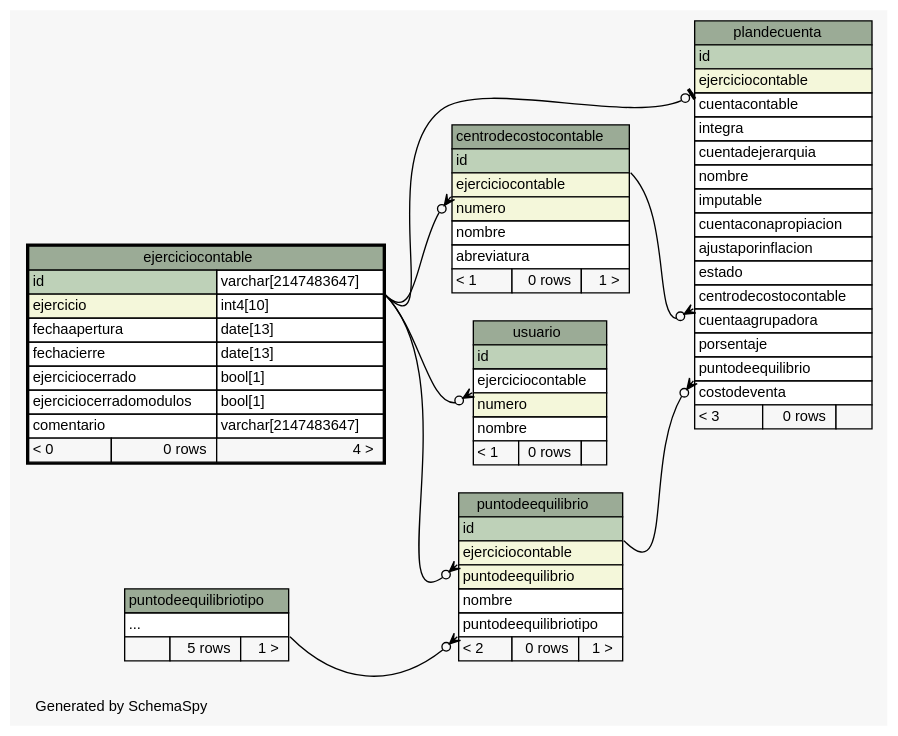
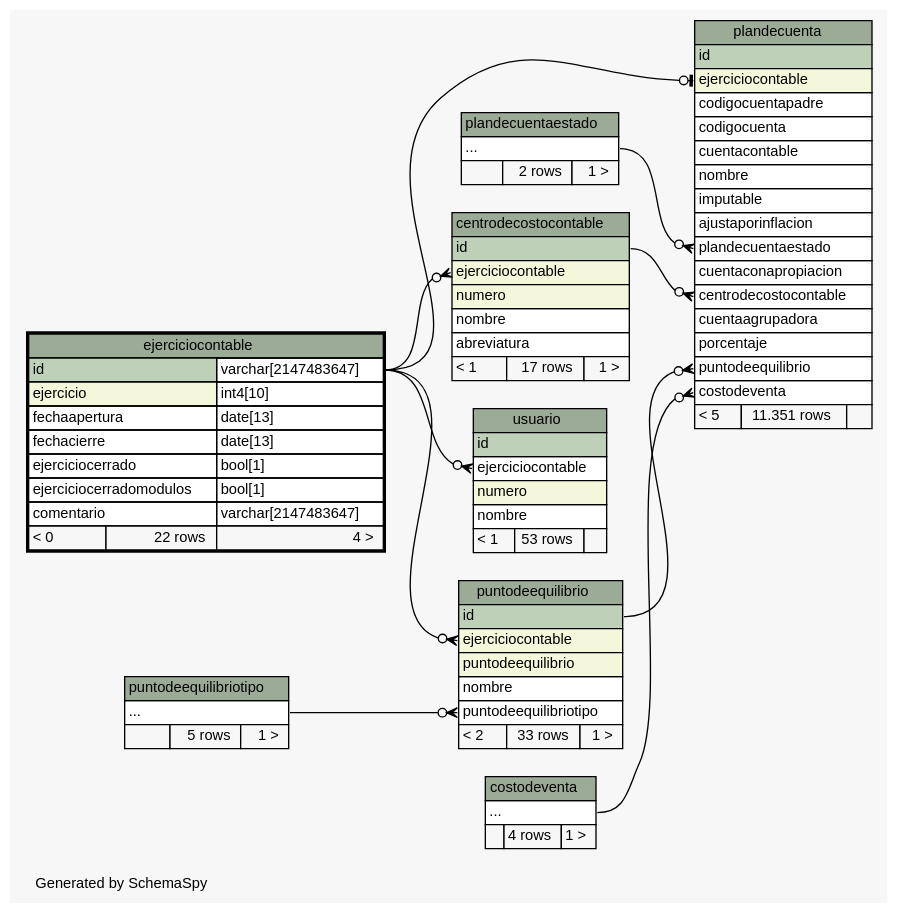
Before and after one commit to sebaalvarez/massoftware: the diagram in sql/postgresql/schemaSpy/salida/diagrams/ejerciciocontable.2degrees.dot, drawn with Graphviz. The commit also changed 651 other files, not shown here.

```diff
--- a/sql/postgresql/schemaSpy/salida/diagrams/ejerciciocontable.2degrees.dot
+++ b/sql/postgresql/schemaSpy/salida/diagrams/ejerciciocontable.2degrees.dot
@@ -1,120 +1,142 @@
-// dot 2.2.1 on Windows 10 10.0
+// dot 2.38.0 on Windows 10 10.0
 // SchemaSpy rev 590
 digraph "twoDegreesRelationshipsDiagram" {
   graph [
     rankdir="RL"
     bgcolor="#f7f7f7"
     label="\nGenerated by SchemaSpy"
     labeljust="l"
     nodesep="0.18"
     ranksep="0.46"
     fontname="Helvetica"
     fontsize="11"
   ];
   node [
     fontname="Helvetica"
     fontsize="11"
     shape="plaintext"
   ];
   edge [
     arrowsize="0.8"
   ];
-  "centrodecostocontable":"ejerciciocontable":sw -> "ejerciciocontable":"id.type":se [arrowhead=none dir=back arrowtail=crowodot];
-  "plandecuenta":"centrodecostocontable":sw -> "centrodecostocontable":"id":se [arrowhead=none dir=back arrowtail=crowodot];
-  "plandecuenta":"ejerciciocontable":sw -> "ejerciciocontable":"id.type":se [arrowhead=none dir=back arrowtail=teeodot];
-  "plandecuenta":"puntodeequilibrio":sw -> "puntodeequilibrio":"id":se [arrowhead=none dir=back arrowtail=crowodot];
-  "puntodeequilibrio":"ejerciciocontable":sw -> "ejerciciocontable":"id.type":se [arrowhead=none dir=back arrowtail=crowodot];
-  "puntodeequilibrio":"puntodeequilibriotipo":sw -> "puntodeequilibriotipo":"elipses":se [arrowhead=none dir=back arrowtail=crowodot];
-  "usuario":"ejerciciocontable":sw -> "ejerciciocontable":"id.type":se [arrowhead=none dir=back arrowtail=crowodot];
+  "centrodecostocontable":"ejerciciocontable":w -> "ejerciciocontable":"id.type":e [arrowhead=none dir=back arrowtail=crowodot];
+  "plandecuenta":"centrodecostocontable":w -> "centrodecostocontable":"id":e [arrowhead=none dir=back arrowtail=crowodot];
+  "plandecuenta":"costodeventa":w -> "costodeventa":"elipses":e [arrowhead=none dir=back arrowtail=crowodot];
+  "plandecuenta":"ejerciciocontable":w -> "ejerciciocontable":"id.type":e [arrowhead=none dir=back arrowtail=teeodot];
+  "plandecuenta":"plandecuentaestado":w -> "plandecuentaestado":"elipses":e [arrowhead=none dir=back arrowtail=crowodot];
+  "plandecuenta":"puntodeequilibrio":w -> "puntodeequilibrio":"id":e [arrowhead=none dir=back arrowtail=crowodot];
+  "puntodeequilibrio":"ejerciciocontable":w -> "ejerciciocontable":"id.type":e [arrowhead=none dir=back arrowtail=crowodot];
+  "puntodeequilibrio":"puntodeequilibriotipo":w -> "puntodeequilibriotipo":"elipses":e [arrowhead=none dir=back arrowtail=crowodot];
+  "usuario":"ejerciciocontable":w -> "ejerciciocontable":"id.type":e [arrowhead=none dir=back arrowtail=crowodot];
   "centrodecostocontable" [
     label=<
     <TABLE BORDER="0" CELLBORDER="1" CELLSPACING="0" BGCOLOR="#ffffff">
       <TR><TD COLSPAN="3" BGCOLOR="#9bab96" ALIGN="CENTER">centrodecostocontable</TD></TR>
       <TR><TD PORT="id" COLSPAN="3" BGCOLOR="#bed1b8" ALIGN="LEFT">id</TD></TR>
       <TR><TD PORT="ejerciciocontable" COLSPAN="3" BGCOLOR="#f4f7da" ALIGN="LEFT">ejerciciocontable</TD></TR>
       <TR><TD PORT="numero" COLSPAN="3" BGCOLOR="#f4f7da" ALIGN="LEFT">numero</TD></TR>
       <TR><TD PORT="nombre" COLSPAN="3" ALIGN="LEFT">nombre</TD></TR>
       <TR><TD PORT="abreviatura" COLSPAN="3" ALIGN="LEFT">abreviatura</TD></TR>
-      <TR><TD ALIGN="LEFT" BGCOLOR="#f7f7f7">&lt; 1</TD><TD ALIGN="RIGHT" BGCOLOR="#f7f7f7">0 rows</TD><TD ALIGN="RIGHT" BGCOLOR="#f7f7f7">1 &gt;</TD></TR>
+      <TR><TD ALIGN="LEFT" BGCOLOR="#f7f7f7">&lt; 1</TD><TD ALIGN="RIGHT" BGCOLOR="#f7f7f7">17 rows</TD><TD ALIGN="RIGHT" BGCOLOR="#f7f7f7">1 &gt;</TD></TR>
     </TABLE>>
     URL="centrodecostocontable.html"
     tooltip="centrodecostocontable"
+  ];
+  "costodeventa" [
+    label=<
+    <TABLE BORDER="0" CELLBORDER="1" CELLSPACING="0" BGCOLOR="#ffffff">
+      <TR><TD COLSPAN="3" BGCOLOR="#9bab96" ALIGN="CENTER">costodeventa</TD></TR>
+      <TR><TD PORT="elipses" COLSPAN="3" ALIGN="LEFT">...</TD></TR>
+      <TR><TD ALIGN="LEFT" BGCOLOR="#f7f7f7">  </TD><TD ALIGN="RIGHT" BGCOLOR="#f7f7f7">4 rows</TD><TD ALIGN="RIGHT" BGCOLOR="#f7f7f7">1 &gt;</TD></TR>
+    </TABLE>>
+    URL="costodeventa.html"
+    tooltip="costodeventa"
   ];
   "ejerciciocontable" [
     label=<
     <TABLE BORDER="2" CELLBORDER="1" CELLSPACING="0" BGCOLOR="#ffffff">
       <TR><TD COLSPAN="3" BGCOLOR="#9bab96" ALIGN="CENTER">ejerciciocontable</TD></TR>
       <TR><TD PORT="id" COLSPAN="2" BGCOLOR="#bed1b8" ALIGN="LEFT">id</TD><TD PORT="id.type" ALIGN="LEFT">varchar[2147483647]</TD></TR>
       <TR><TD PORT="ejercicio" COLSPAN="2" BGCOLOR="#f4f7da" ALIGN="LEFT">ejercicio</TD><TD PORT="ejercicio.type" ALIGN="LEFT">int4[10]</TD></TR>
       <TR><TD PORT="fechaapertura" COLSPAN="2" ALIGN="LEFT">fechaapertura</TD><TD PORT="fechaapertura.type" ALIGN="LEFT">date[13]</TD></TR>
       <TR><TD PORT="fechacierre" COLSPAN="2" ALIGN="LEFT">fechacierre</TD><TD PORT="fechacierre.type" ALIGN="LEFT">date[13]</TD></TR>
       <TR><TD PORT="ejerciciocerrado" COLSPAN="2" ALIGN="LEFT">ejerciciocerrado</TD><TD PORT="ejerciciocerrado.type" ALIGN="LEFT">bool[1]</TD></TR>
       <TR><TD PORT="ejerciciocerradomodulos" COLSPAN="2" ALIGN="LEFT">ejerciciocerradomodulos</TD><TD PORT="ejerciciocerradomodulos.type" ALIGN="LEFT">bool[1]</TD></TR>
       <TR><TD PORT="comentario" COLSPAN="2" ALIGN="LEFT">comentario</TD><TD PORT="comentario.type" ALIGN="LEFT">varchar[2147483647]</TD></TR>
-      <TR><TD ALIGN="LEFT" BGCOLOR="#f7f7f7">&lt; 0</TD><TD ALIGN="RIGHT" BGCOLOR="#f7f7f7">0 rows</TD><TD ALIGN="RIGHT" BGCOLOR="#f7f7f7">4 &gt;</TD></TR>
+      <TR><TD ALIGN="LEFT" BGCOLOR="#f7f7f7">&lt; 0</TD><TD ALIGN="RIGHT" BGCOLOR="#f7f7f7">22 rows</TD><TD ALIGN="RIGHT" BGCOLOR="#f7f7f7">4 &gt;</TD></TR>
     </TABLE>>
     URL="ejerciciocontable.html"
     tooltip="ejerciciocontable"
   ];
   "plandecuenta" [
     label=<
     <TABLE BORDER="0" CELLBORDER="1" CELLSPACING="0" BGCOLOR="#ffffff">
       <TR><TD COLSPAN="3" BGCOLOR="#9bab96" ALIGN="CENTER">plandecuenta</TD></TR>
       <TR><TD PORT="id" COLSPAN="3" BGCOLOR="#bed1b8" ALIGN="LEFT">id</TD></TR>
       <TR><TD PORT="ejerciciocontable" COLSPAN="3" BGCOLOR="#f4f7da" ALIGN="LEFT">ejerciciocontable</TD></TR>
+      <TR><TD PORT="codigocuentapadre" COLSPAN="3" ALIGN="LEFT">codigocuentapadre</TD></TR>
+      <TR><TD PORT="codigocuenta" COLSPAN="3" ALIGN="LEFT">codigocuenta</TD></TR>
       <TR><TD PORT="cuentacontable" COLSPAN="3" ALIGN="LEFT">cuentacontable</TD></TR>
-      <TR><TD PORT="integra" COLSPAN="3" ALIGN="LEFT">integra</TD></TR>
-      <TR><TD PORT="cuentadejerarquia" COLSPAN="3" ALIGN="LEFT">cuentadejerarquia</TD></TR>
       <TR><TD PORT="nombre" COLSPAN="3" ALIGN="LEFT">nombre</TD></TR>
       <TR><TD PORT="imputable" COLSPAN="3" ALIGN="LEFT">imputable</TD></TR>
+      <TR><TD PORT="ajustaporinflacion" COLSPAN="3" ALIGN="LEFT">ajustaporinflacion</TD></TR>
+      <TR><TD PORT="plandecuentaestado" COLSPAN="3" ALIGN="LEFT">plandecuentaestado</TD></TR>
       <TR><TD PORT="cuentaconapropiacion" COLSPAN="3" ALIGN="LEFT">cuentaconapropiacion</TD></TR>
-      <TR><TD PORT="ajustaporinflacion" COLSPAN="3" ALIGN="LEFT">ajustaporinflacion</TD></TR>
-      <TR><TD PORT="estado" COLSPAN="3" ALIGN="LEFT">estado</TD></TR>
       <TR><TD PORT="centrodecostocontable" COLSPAN="3" ALIGN="LEFT">centrodecostocontable</TD></TR>
       <TR><TD PORT="cuentaagrupadora" COLSPAN="3" ALIGN="LEFT">cuentaagrupadora</TD></TR>
-      <TR><TD PORT="porsentaje" COLSPAN="3" ALIGN="LEFT">porsentaje</TD></TR>
+      <TR><TD PORT="porcentaje" COLSPAN="3" ALIGN="LEFT">porcentaje</TD></TR>
       <TR><TD PORT="puntodeequilibrio" COLSPAN="3" ALIGN="LEFT">puntodeequilibrio</TD></TR>
       <TR><TD PORT="costodeventa" COLSPAN="3" ALIGN="LEFT">costodeventa</TD></TR>
-      <TR><TD ALIGN="LEFT" BGCOLOR="#f7f7f7">&lt; 3</TD><TD ALIGN="RIGHT" BGCOLOR="#f7f7f7">0 rows</TD><TD ALIGN="RIGHT" BGCOLOR="#f7f7f7">  </TD></TR>
+      <TR><TD ALIGN="LEFT" BGCOLOR="#f7f7f7">&lt; 5</TD><TD ALIGN="RIGHT" BGCOLOR="#f7f7f7">11.351 rows</TD><TD ALIGN="RIGHT" BGCOLOR="#f7f7f7">  </TD></TR>
     </TABLE>>
     URL="plandecuenta.html"
     tooltip="plandecuenta"
+  ];
+  "plandecuentaestado" [
+    label=<
+    <TABLE BORDER="0" CELLBORDER="1" CELLSPACING="0" BGCOLOR="#ffffff">
+      <TR><TD COLSPAN="3" BGCOLOR="#9bab96" ALIGN="CENTER">plandecuentaestado</TD></TR>
+      <TR><TD PORT="elipses" COLSPAN="3" ALIGN="LEFT">...</TD></TR>
+      <TR><TD ALIGN="LEFT" BGCOLOR="#f7f7f7">  </TD><TD ALIGN="RIGHT" BGCOLOR="#f7f7f7">2 rows</TD><TD ALIGN="RIGHT" BGCOLOR="#f7f7f7">1 &gt;</TD></TR>
+    </TABLE>>
+    URL="plandecuentaestado.html"
+    tooltip="plandecuentaestado"
   ];
   "puntodeequilibrio" [
     label=<
     <TABLE BORDER="0" CELLBORDER="1" CELLSPACING="0" BGCOLOR="#ffffff">
       <TR><TD COLSPAN="3" BGCOLOR="#9bab96" ALIGN="CENTER">puntodeequilibrio</TD></TR>
       <TR><TD PORT="id" COLSPAN="3" BGCOLOR="#bed1b8" ALIGN="LEFT">id</TD></TR>
       <TR><TD PORT="ejerciciocontable" COLSPAN="3" BGCOLOR="#f4f7da" ALIGN="LEFT">ejerciciocontable</TD></TR>
       <TR><TD PORT="puntodeequilibrio" COLSPAN="3" BGCOLOR="#f4f7da" ALIGN="LEFT">puntodeequilibrio</TD></TR>
       <TR><TD PORT="nombre" COLSPAN="3" ALIGN="LEFT">nombre</TD></TR>
       <TR><TD PORT="puntodeequilibriotipo" COLSPAN="3" ALIGN="LEFT">puntodeequilibriotipo</TD></TR>
-      <TR><TD ALIGN="LEFT" BGCOLOR="#f7f7f7">&lt; 2</TD><TD ALIGN="RIGHT" BGCOLOR="#f7f7f7">0 rows</TD><TD ALIGN="RIGHT" BGCOLOR="#f7f7f7">1 &gt;</TD></TR>
+      <TR><TD ALIGN="LEFT" BGCOLOR="#f7f7f7">&lt; 2</TD><TD ALIGN="RIGHT" BGCOLOR="#f7f7f7">33 rows</TD><TD ALIGN="RIGHT" BGCOLOR="#f7f7f7">1 &gt;</TD></TR>
     </TABLE>>
     URL="puntodeequilibrio.html"
     tooltip="puntodeequilibrio"
   ];
   "puntodeequilibriotipo" [
     label=<
     <TABLE BORDER="0" CELLBORDER="1" CELLSPACING="0" BGCOLOR="#ffffff">
       <TR><TD COLSPAN="3" BGCOLOR="#9bab96" ALIGN="CENTER">puntodeequilibriotipo</TD></TR>
       <TR><TD PORT="elipses" COLSPAN="3" ALIGN="LEFT">...</TD></TR>
       <TR><TD ALIGN="LEFT" BGCOLOR="#f7f7f7">  </TD><TD ALIGN="RIGHT" BGCOLOR="#f7f7f7">5 rows</TD><TD ALIGN="RIGHT" BGCOLOR="#f7f7f7">1 &gt;</TD></TR>
     </TABLE>>
     URL="puntodeequilibriotipo.html"
     tooltip="puntodeequilibriotipo"
   ];
   "usuario" [
     label=<
     <TABLE BORDER="0" CELLBORDER="1" CELLSPACING="0" BGCOLOR="#ffffff">
       <TR><TD COLSPAN="3" BGCOLOR="#9bab96" ALIGN="CENTER">usuario</TD></TR>
       <TR><TD PORT="id" COLSPAN="3" BGCOLOR="#bed1b8" ALIGN="LEFT">id</TD></TR>
       <TR><TD PORT="ejerciciocontable" COLSPAN="3" ALIGN="LEFT">ejerciciocontable</TD></TR>
       <TR><TD PORT="numero" COLSPAN="3" BGCOLOR="#f4f7da" ALIGN="LEFT">numero</TD></TR>
       <TR><TD PORT="nombre" COLSPAN="3" ALIGN="LEFT">nombre</TD></TR>
-      <TR><TD ALIGN="LEFT" BGCOLOR="#f7f7f7">&lt; 1</TD><TD ALIGN="RIGHT" BGCOLOR="#f7f7f7">0 rows</TD><TD ALIGN="RIGHT" BGCOLOR="#f7f7f7">  </TD></TR>
+      <TR><TD ALIGN="LEFT" BGCOLOR="#f7f7f7">&lt; 1</TD><TD ALIGN="RIGHT" BGCOLOR="#f7f7f7">53 rows</TD><TD ALIGN="RIGHT" BGCOLOR="#f7f7f7">  </TD></TR>
     </TABLE>>
     URL="usuario.html"
     tooltip="usuario"
   ];
 }
```
